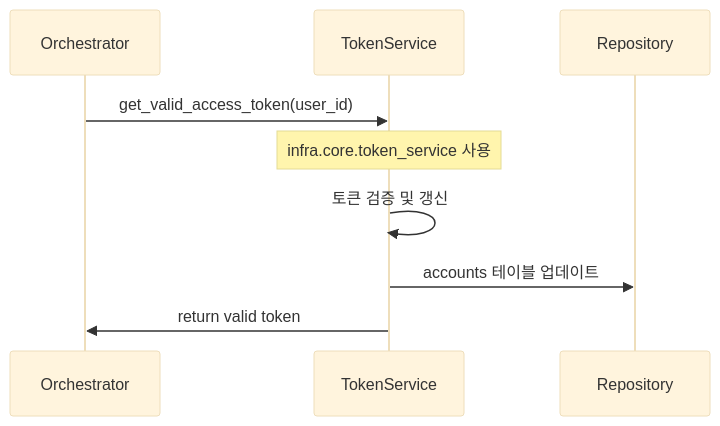
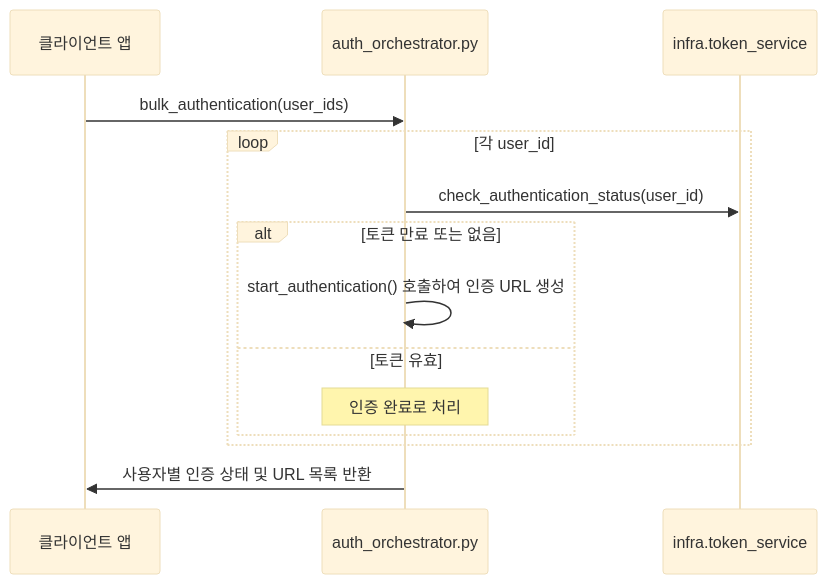
Before and after one commit to kimghw/MailQueryWithMCP: the second of 2 diagrams in modules/auth/auth_implementation_plan.md, drawn with Mermaid (base theme). The commit also changed other lines of this file and 31 other files, not shown here.

First line of the commit message:
docs: auth 및 infra 모듈 문서 업데이트

````diff
--- a/modules/auth/auth_implementation_plan.md
+++ b/modules/auth/auth_implementation_plan.md
@@ -169,12 +130,17 @@
 ```mermaid
 sequenceDiagram
-    participant Orchestrator
-    participant TokenService
-    participant Repository
+    participant ClientApp as 클라이언트 앱
+    participant AuthOrchestrator as auth_orchestrator.py
+    participant TokenService as infra.token_service
 
-    Orchestrator->>TokenService: get_valid_access_token(user_id)
-    Note over TokenService: infra.core.token_service 사용
-    TokenService->>TokenService: 토큰 검증 및 갱신
-    TokenService->>Repository: accounts 테이블 업데이트
-    TokenService->>Orchestrator: return valid token
+    ClientApp->>AuthOrchestrator: bulk_authentication(user_ids)
+    loop 각 user_id
+        AuthOrchestrator->>TokenService: check_authentication_status(user_id)
+        alt 토큰 만료 또는 없음
+            AuthOrchestrator->>AuthOrchestrator: start_authentication() 호출하여 인증 URL 생성
+        else 토큰 유효
+            Note over AuthOrchestrator: 인증 완료로 처리
+        end
+    end
+    AuthOrchestrator->>ClientApp: 사용자별 인증 상태 및 URL 목록 반환
 ```
````
